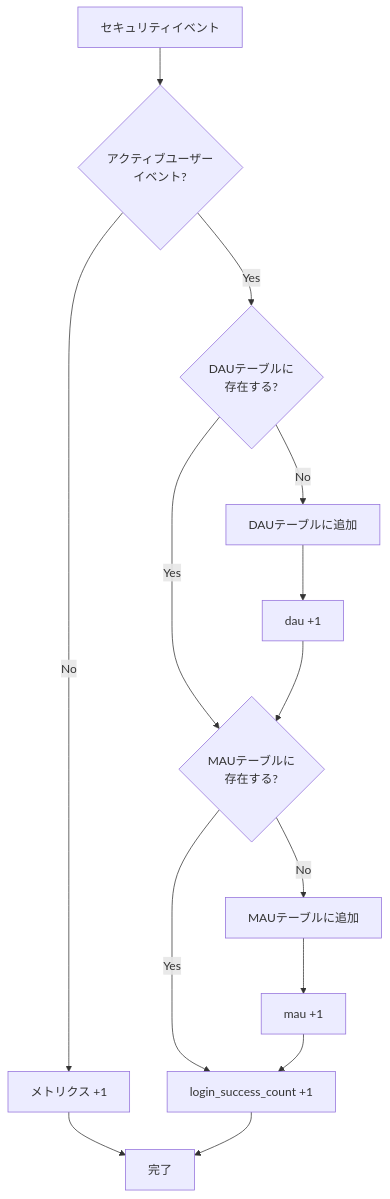
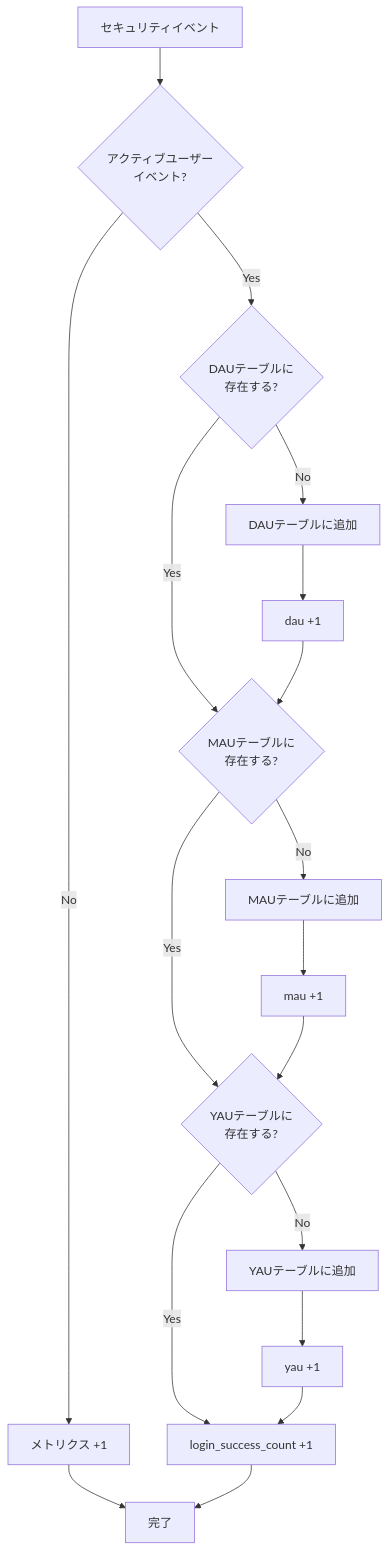
Before and after one commit to hirokazu-kobayashi-koba-hiro/idp-server: the fourth of 7 diagrams in documentation/docs/content_03_concepts/concept-22-tenant-statistics.md, drawn with Mermaid. The commit also changed other lines of this file and 13 other files, not shown here.

````diff
--- a/documentation/docs/content_03_concepts/concept-22-tenant-statistics.md
+++ b/documentation/docs/content_03_concepts/concept-22-tenant-statistics.md
@@ -186,21 +244,27 @@
 ```mermaid
 flowchart TD
     EVENT[セキュリティイベント] --> CHECK{アクティブユーザー<br/>イベント?}
     CHECK -->|Yes| DAU_CHECK{DAUテーブルに<br/>存在する?}
     CHECK -->|No| INCREMENT[メトリクス +1]
 
     DAU_CHECK -->|No| ADD_DAU[DAUテーブルに追加]
     DAU_CHECK -->|Yes| MAU_CHECK{MAUテーブルに<br/>存在する?}
 
     ADD_DAU --> INCREMENT_DAU[dau +1]
     INCREMENT_DAU --> MAU_CHECK
 
     MAU_CHECK -->|No| ADD_MAU[MAUテーブルに追加]
-    MAU_CHECK -->|Yes| LOGIN_COUNT[login_success_count +1]
+    MAU_CHECK -->|Yes| YAU_CHECK{YAUテーブルに<br/>存在する?}
 
     ADD_MAU --> INCREMENT_MAU[mau +1]
-    INCREMENT_MAU --> LOGIN_COUNT
+    INCREMENT_MAU --> YAU_CHECK
+
+    YAU_CHECK -->|No| ADD_YAU[YAUテーブルに追加]
+    YAU_CHECK -->|Yes| LOGIN_COUNT[login_success_count +1]
+
+    ADD_YAU --> INCREMENT_YAU[yau +1]
+    INCREMENT_YAU --> LOGIN_COUNT
 
     INCREMENT --> END[完了]
     LOGIN_COUNT --> END
 ```
````
